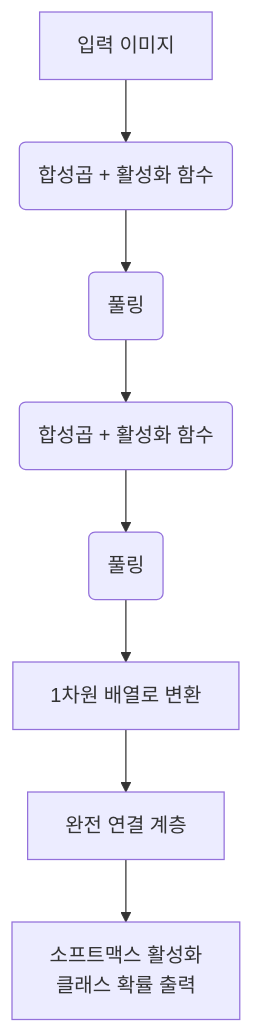
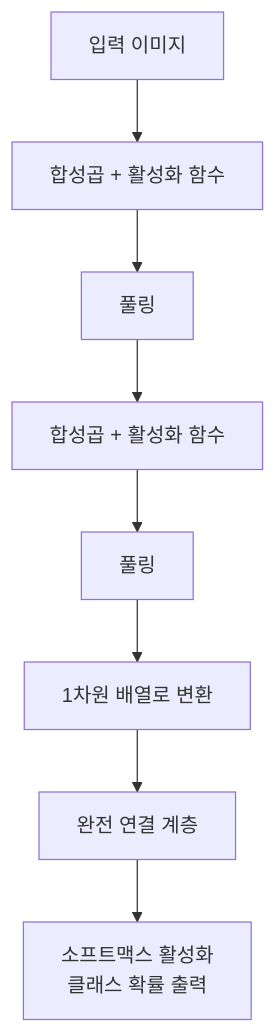
The diagram in docs/3-컴퓨터-비전/3-1-핵심-태스크/image-classification.md (harimkang/ai-engineer-guide), drawn with Mermaid before and after one commit. The commit also changed 22 other files, not shown here.

````diff
--- a/docs/3-컴퓨터-비전/3-1-핵심-태스크/image-classification.md
+++ b/docs/3-컴퓨터-비전/3-1-핵심-태스크/image-classification.md
@@ -30,10 +30,10 @@
 ```mermaid
 graph TD;
-    A[입력 이미지] --> B(합성곱 + 활성화 함수);
-    B --> C(풀링);
-    C --> D(합성곱 + 활성화 함수);
-    D --> E(풀링);
-    E --> F[1차원 배열로 변환];
-    F --> G[완전 연결 계층];
-    G --> H[소프트맥스 활성화<br>클래스 확률 출력];
+    A["입력 이미지"] --> B["합성곱 + 활성화 함수"]
+    B --> C["풀링"]
+    C --> D["합성곱 + 활성화 함수"]
+    D --> E["풀링"]
+    E --> F["1차원 배열로 변환"]
+    F --> G["완전 연결 계층"]
+    G --> H["소프트맥스 활성화<br>클래스 확률 출력"]
 ```
````
